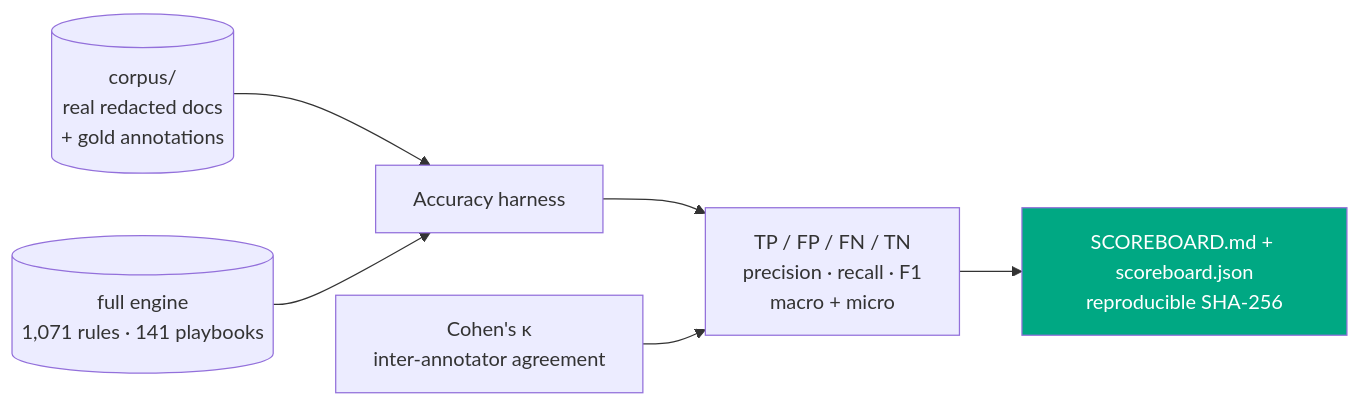
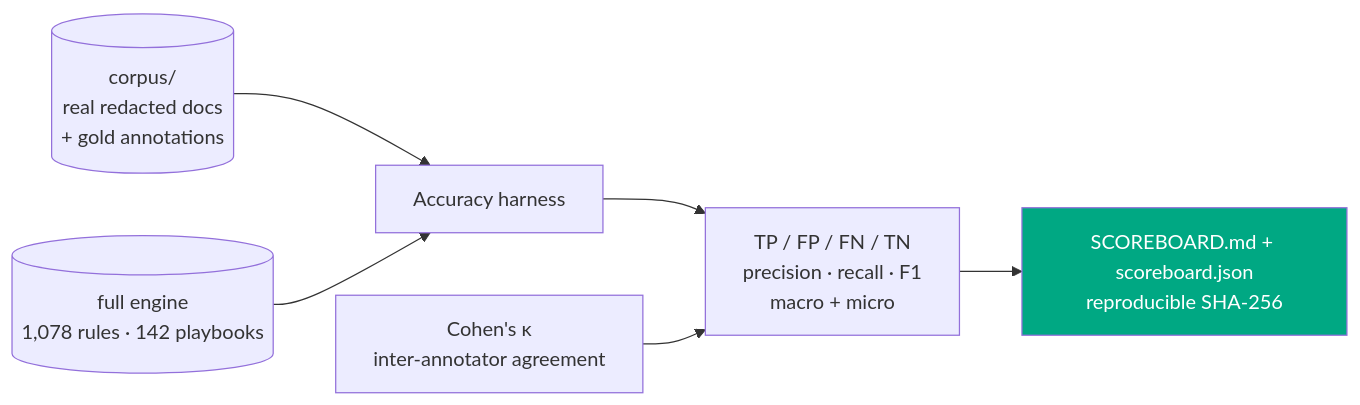
The seventh of 11 diagrams in README.md (clay-good/vaulytica), drawn with Mermaid before and after one commit. The commit also changed other lines of this file and 100 other files, not shown here.

````diff
--- a/README.md
+++ b/README.md
@@ -1204,9 +1204,9 @@
 ```mermaid
 flowchart LR
   C[(corpus/<br/>real redacted docs<br/>+ gold annotations)] --> H[Accuracy harness]
-  R[(full engine<br/>1,071 rules · 141 playbooks)] --> H
+  R[(full engine<br/>1,078 rules · 142 playbooks)] --> H
   H --> M[TP / FP / FN / TN<br/>precision · recall · F1<br/>macro + micro]
   M --> S[SCOREBOARD.md + scoreboard.json<br/>reproducible SHA-256]
   K[Cohen's κ<br/>inter-annotator agreement] --> M
   style S fill:#00A883,color:#fff
 ```
````
